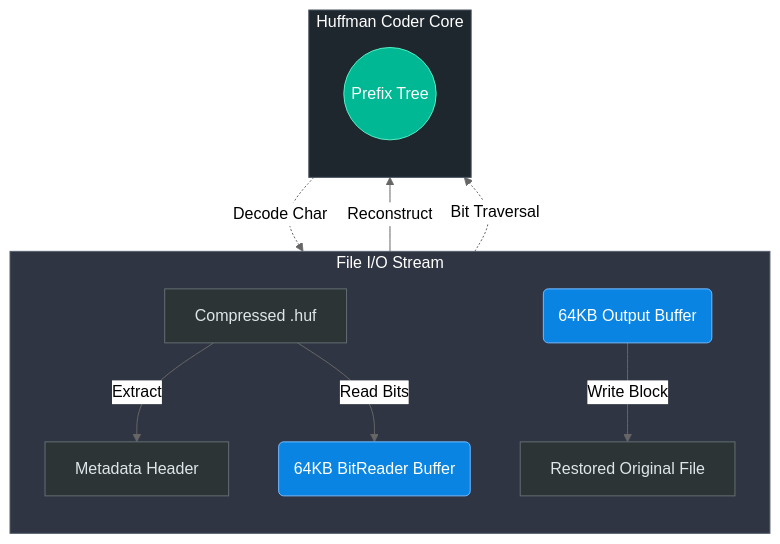
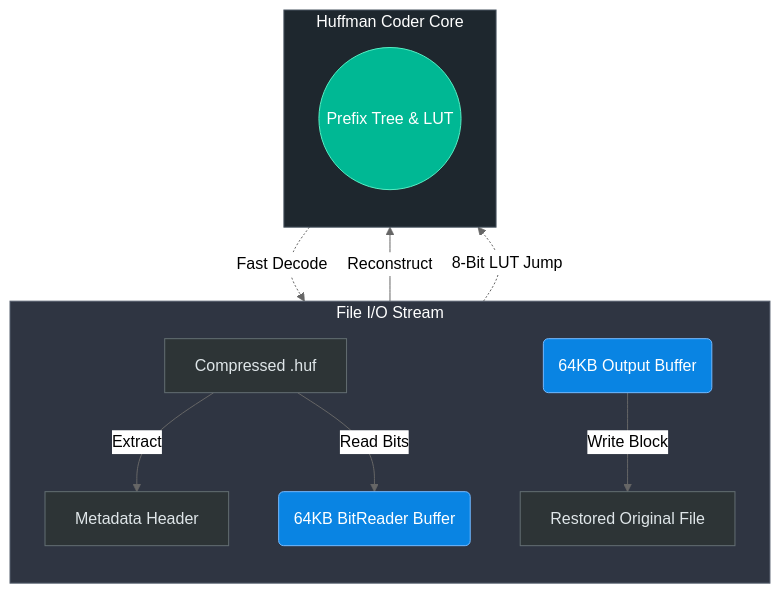
Before and after one commit to Komal-ai417/HuffmanProject: the second of 2 diagrams in README.md, drawn with Mermaid (neutral theme). The commit also changed other lines of this file, not shown here.

````diff
--- a/README.md
+++ b/README.md
@@ -70,29 +70,29 @@
 ```mermaid
 flowchart TD
     classDef file fill:#2d3436,stroke:#636e72,color:#dfe6e9
     classDef buffer fill:#0984e3,stroke:#74b9ff,color:#fff
     classDef tree fill:#00b894,stroke:#55efc4,color:#fff
 
     subgraph IOStream ["File I/O Stream"]
         direction TB
         A[Compressed .huf]:::file
         F[Restored Original File]:::file
         B[Metadata Header]:::file
         C(64KB BitReader Buffer):::buffer
         E(64KB Output Buffer):::buffer
         A -->|Extract| B
         A -->|Read Bits| C
         E -->|Write Block| F
     end
 
     subgraph CoderCore ["Huffman Coder Core"]
         direction TB
-        D((Prefix Tree)):::tree
+        D((Prefix Tree & LUT)):::tree
         B -->|Reconstruct| D
-        C -.->|Bit Traversal| D
-        D -.->|Decode Char| E
+        C -.->|8-Bit LUT Jump| D
+        D -.->|Fast Decode| E
     end
 
     style IOStream fill:#2f3542,stroke:#57606f,color:#fff
     style CoderCore fill:#1e272e,stroke:#485460,color:#fff
 ```
````
